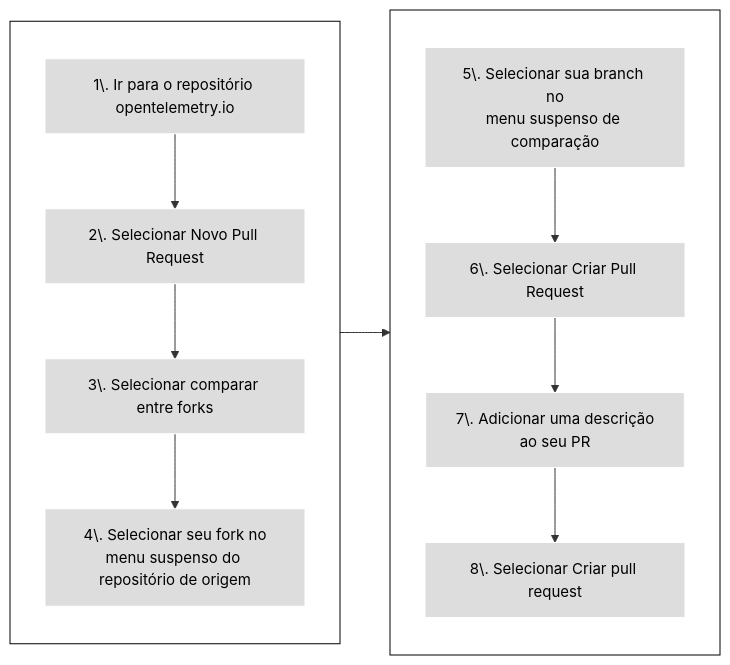
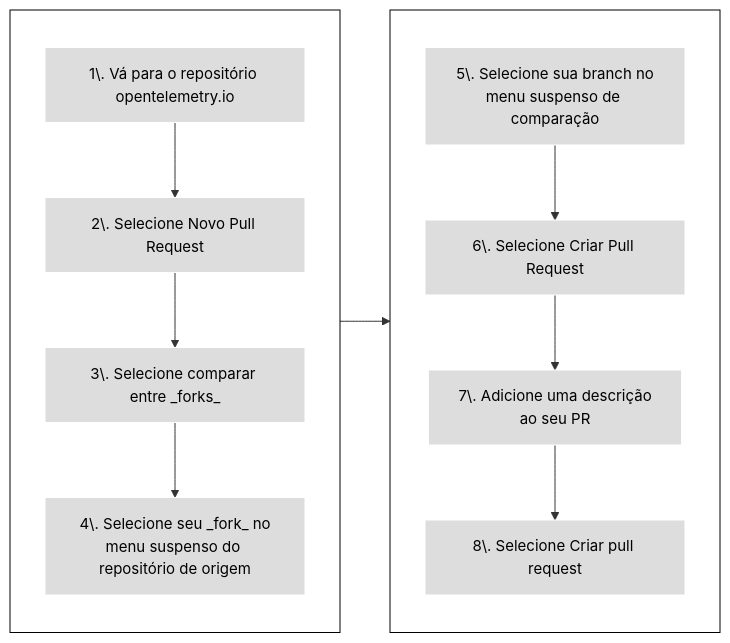
One commit to open-telemetry/opentelemetry.io changed the fourth of 4 diagrams in content/pt/docs/contributing/pull-requests.md. Above: the diagram before and after it, drawn with Mermaid. The commit also changed other lines of this file, not shown here.

````diff
--- a/content/pt/docs/contributing/pull-requests.md
+++ b/content/pt/docs/contributing/pull-requests.md
@@ -326,22 +326,22 @@
 ```mermaid
 flowchart LR
 subgraph first[ ]
 direction TB
-1[1\. Ir para o repositório opentelemetry.io] --> 2[2\. Selecionar Novo Pull Request]
-2 --> 3[3\. Selecionar comparar entre forks]
-3 --> 4[4\. Selecionar seu fork no<br>menu suspenso do repositório de origem]
+1[1\. Vá para o repositório opentelemetry.io] --> 2[2\. Selecione Novo Pull Request]
+2 --> 3[3\. Selecione comparar entre _forks_]
+3 --> 4[4\. Selecione seu _fork_ no<br>menu suspenso do repositório de origem]
 end
 subgraph second [ ]
 direction TB
-5[5\. Selecionar sua branch no<br>menu suspenso de comparação] --> 6[6\. Selecionar Criar Pull Request]
-6 --> 7[7\. Adicionar uma descrição<br>ao seu PR]
-7 --> 8[8\. Selecionar Criar pull request]
+5[5\. Selecione sua branch no<br>menu suspenso de comparação] --> 6[6\. Selecione Criar Pull Request]
+6 --> 7[7\. Adicione uma descrição<br>ao seu PR]
+7 --> 8[8\. Selecione Criar pull request]
 end
 
 first --> second
 
 classDef grey fill:#dddddd,stroke:#ffffff,stroke-width:px,color:#000000, font-size:15px;
 classDef white fill:#ffffff,stroke:#000,stroke-width:px,color:#000,font-weight:bold
 class 1,2,3,4,5,6,7,8 grey
 class first,second white
 ```
````
